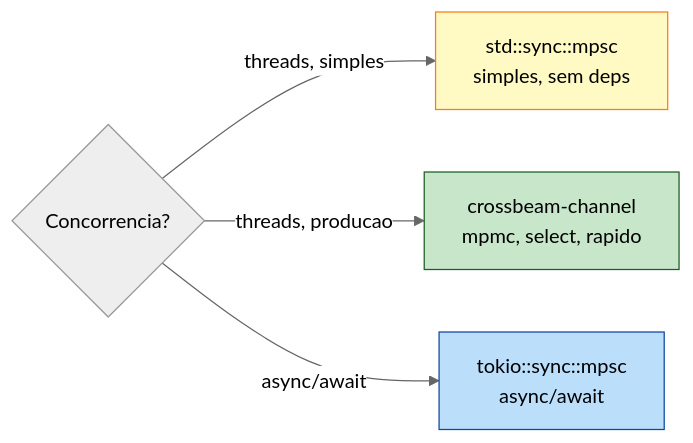
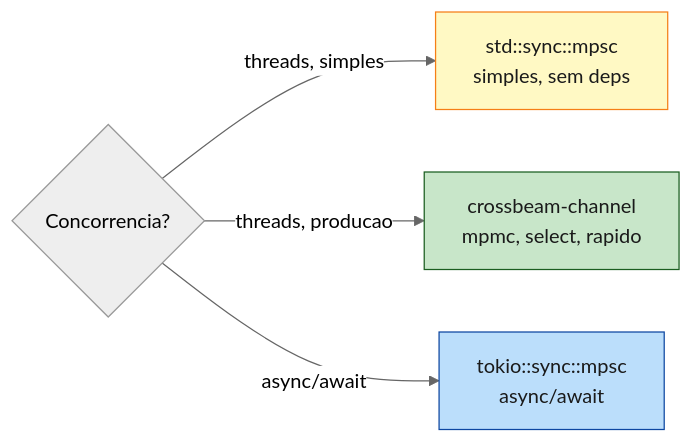
Before and after one commit to Felipeness/ferro-e-espirito: the third of 3 diagrams in book/part-11-concurrency/ch31-channels.md, drawn with Mermaid (neutral theme). The commit also changed other lines of this file and 56 other files, not shown here.

First line of the commit message:
fix: contraste de texto em diagramas mermaid

````diff
--- a/book/part-11-concurrency/ch31-channels.md
+++ b/book/part-11-concurrency/ch31-channels.md
@@ -603,14 +603,14 @@
 ```mermaid
 graph LR
     Std[std::sync::mpsc<br/>simples, sem deps]
     Cross[crossbeam-channel<br/>mpmc, select, rapido]
     Tok[tokio::sync::mpsc<br/>async/await]
 
     Choice{Concorrencia?} -->|threads, simples| Std
     Choice -->|threads, producao| Cross
     Choice -->|async/await| Tok
 
-    style Std fill:#fff9c4,stroke:#f57f17
-    style Cross fill:#c8e6c9,stroke:#1b5e20
-    style Tok fill:#bbdefb,stroke:#0d47a1
+    style Std fill:#fff9c4,stroke:#f57f17,color:#1a1a1a
+    style Cross fill:#c8e6c9,stroke:#1b5e20,color:#1a1a1a
+    style Tok fill:#bbdefb,stroke:#0d47a1,color:#1a1a1a
 ```
````
